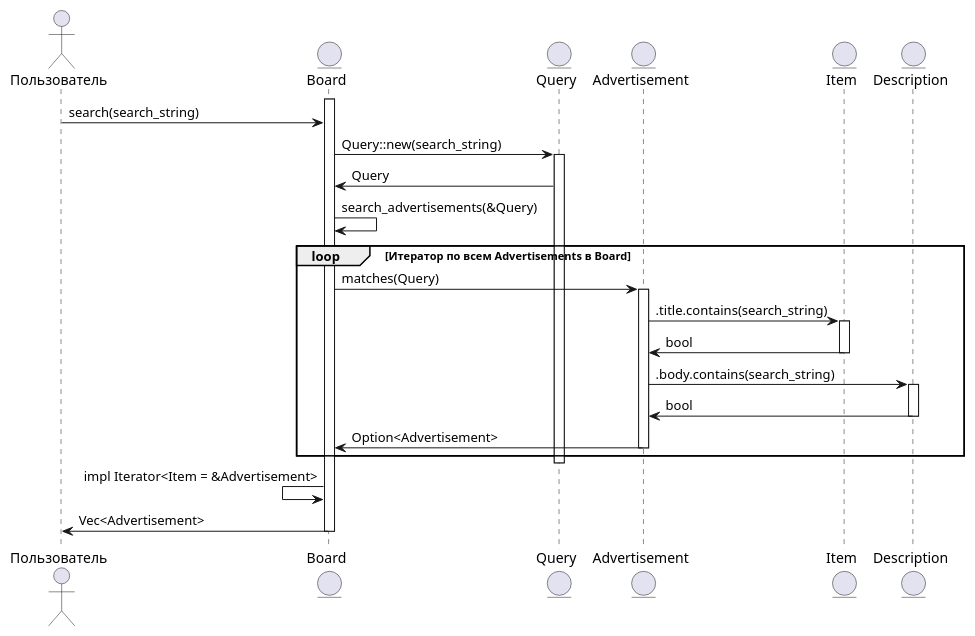
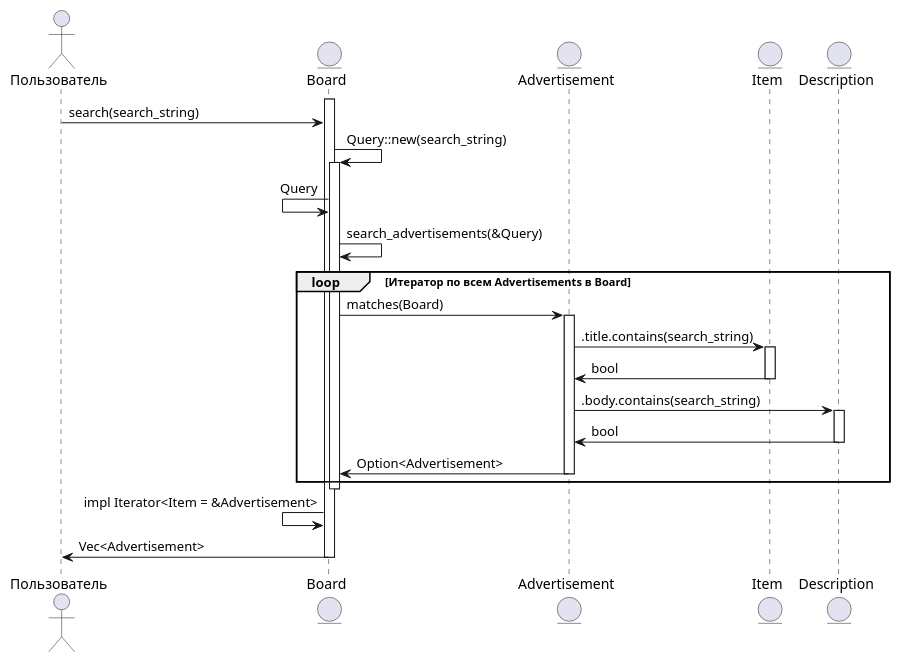
One commit to penamarth/bsbo-01-22_team1_var13 changed the diagram in Диаграмма последовательности Поиск объявлений.md. Above: the diagram before and after it, drawn with PlantUML.

Commit message:
fix: Remove non-existent `Query` entity

````diff
--- a/Диаграмма последовательности Поиск объявлений.md
+++ b/Диаграмма последовательности Поиск объявлений.md
@@ -1,38 +1,37 @@
 ```plantuml
 @startuml
 
 actor Пользователь
 entity Board
-entity Query
 entity Advertisement
 entity Item
 entity Description
 
 activate Board
 Пользователь -> Board : search(search_string)
-Board -> Query : Query::new(search_string)
-activate Query
-Board <- Query : Query
+Board -> Board : Query::new(search_string)
+activate Board
+Board <- Board : Query
 Board -> Board : search_advertisements(&Query)
 loop Итератор по всем Advertisements в Board
-Board -> Advertisement : matches(Query)
+Board -> Advertisement : matches(Board)
 activate Advertisement
 Advertisement -> Item : .title.contains(search_string)
 activate Item
 Advertisement <- Item : bool
 deactivate Item
 Advertisement -> Description : .body.contains(search_string)
 activate Description
 Advertisement <- Description : bool
 deactivate Description
 Board <- Advertisement : Option<Advertisement>
 deactivate Advertisement
 end
-deactivate Query
+deactivate Board
 Board <- Board : impl Iterator<Item = &Advertisement>
 Пользователь <- Board : Vec<Advertisement>
 
 deactivate Board
 
 @enduml
 ```
````
